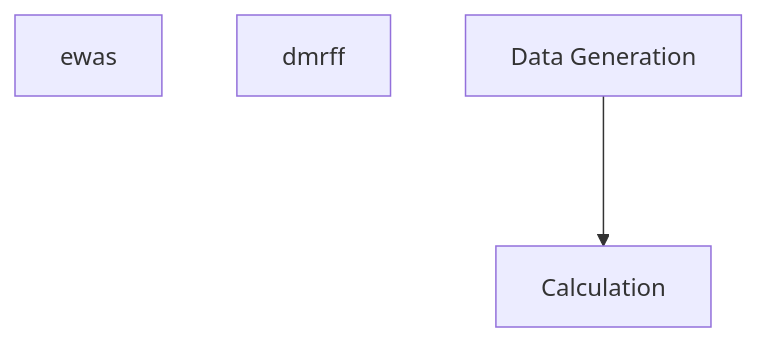
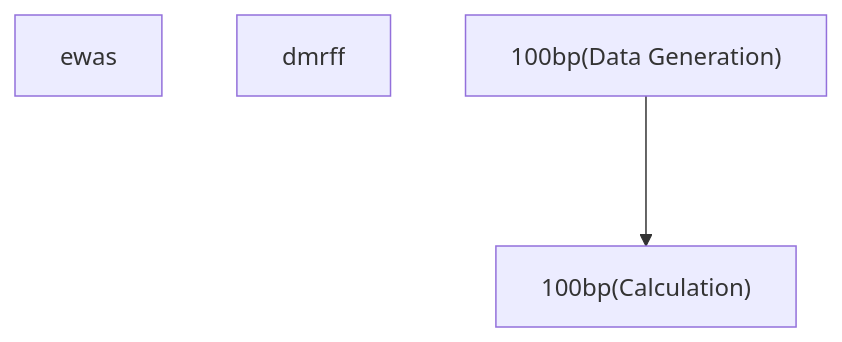
The diagram in README.md (CORRS-LAB/AMRSfinder), drawn with Mermaid before and after one commit.

````diff
--- a/README.md
+++ b/README.md
@@ -51,8 +51,8 @@
 ```mermaid
 graph TD;
   A[ewas]
   B[dmrff]
   C--->D
-  C["Data Generation"]
-  D["Calculation"]
+  C["100bp(Data Generation)"]
+  D["100bp(Calculation)"]
 ```
````
